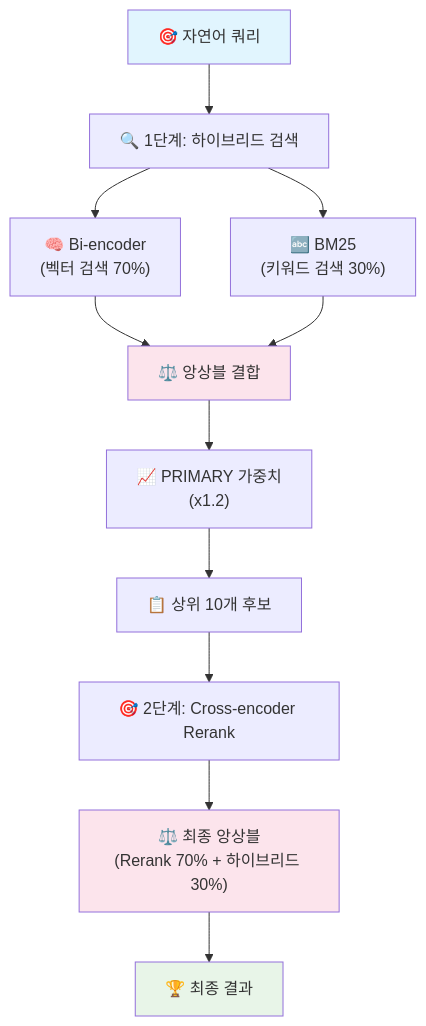
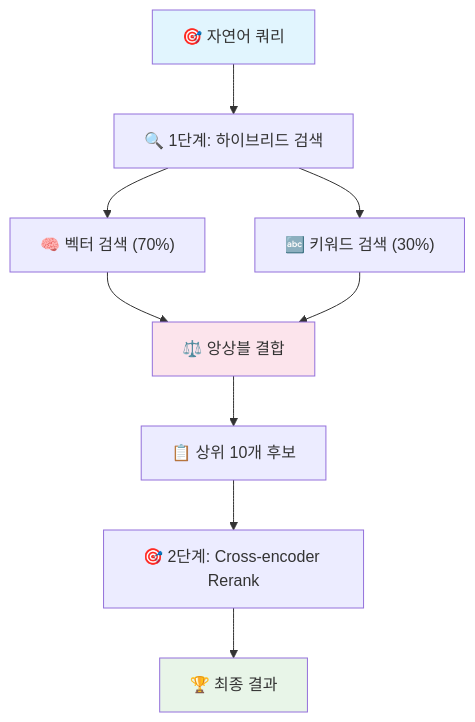
One commit to junsung9889/menuSearch changed the diagram in README.md. Above: the diagram before and after it, drawn with Mermaid. The commit also changed other lines of this file, not shown here.

````diff
--- a/README.md
+++ b/README.md
@@ -23,22 +14,15 @@
 ```mermaid
 graph TD
     A["🎯 자연어 쿼리"] --> B["🔍 1단계: 하이브리드 검색"]
-    
-    B --> B1["🧠 Bi-encoder<br/>(벡터 검색 70%)"]
-    B --> B2["🔤 BM25<br/>(키워드 검색 30%)"]
-    
+    B --> B1["🧠 벡터 검색 (70%)"]
+    B --> B2["🔤 키워드 검색 (30%)"]
     B1 --> C["⚖️ 앙상블 결합"]
     B2 --> C
-    
-    C --> D["📈 PRIMARY 가중치<br/>(x1.2)"]
-    D --> E["📋 상위 10개 후보"]
-    
-    E --> F["🎯 2단계: Cross-encoder Rerank"]
-    F --> G["⚖️ 최종 앙상블<br/>(Rerank 70% + 하이브리드 30%)"]
-    G --> H["🏆 최종 결과"]
+    C --> D["📋 상위 10개 후보"]
+    D --> E["🎯 2단계: Cross-encoder Rerank"]
+    E --> F["🏆 최종 결과"]
     
     style A fill:#e1f5fe
     style C fill:#fce4ec
-    style G fill:#fce4ec
-    style H fill:#e8f5e8
+    style F fill:#e8f5e8
 ```
````
